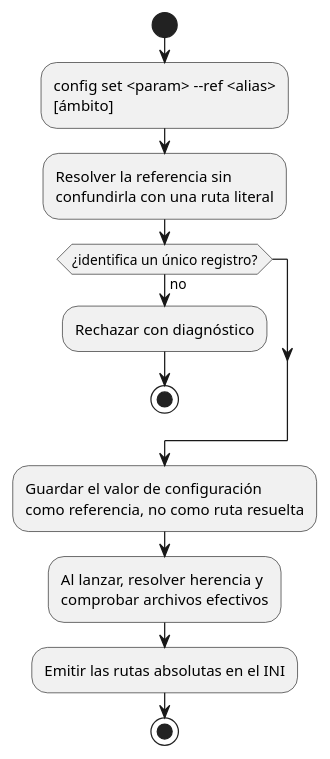
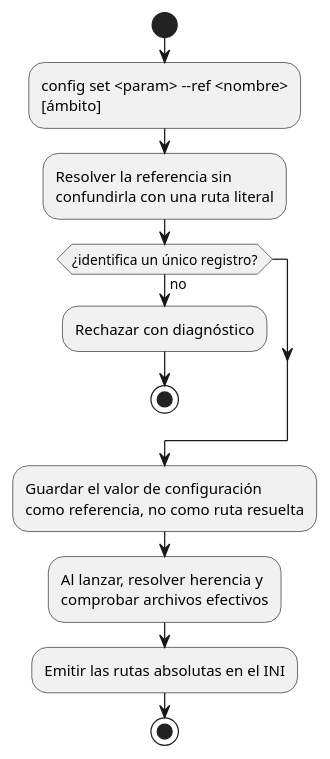
One commit to mstranich/coquena changed the sixth of 6 diagrams in docs/actividades.md. Above: the diagram before and after it, drawn with PlantUML. The commit also changed other lines of this file and 7 other files, not shown here.

````diff
--- a/docs/actividades.md
+++ b/docs/actividades.md
@@ -226,15 +226,15 @@
 ```plantuml
 @startuml
 start
-:config set <param> --ref <alias>\n[ámbito];
+:config set <param> --ref <nombre>\n[ámbito];
 :Resolver la referencia sin\nconfundirla con una ruta literal;
 if (¿identifica un único registro?) then (no)
   :Rechazar con diagnóstico;
   stop
 endif
 :Guardar el valor de configuración\ncomo referencia, no como ruta resuelta;
 :Al lanzar, resolver herencia y\ncomprobar archivos efectivos;
 :Emitir las rutas absolutas en el INI;
 stop
 @enduml
 ```
````
